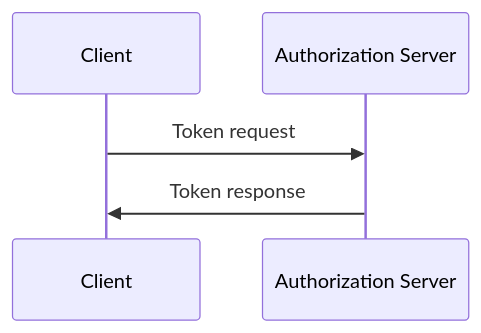
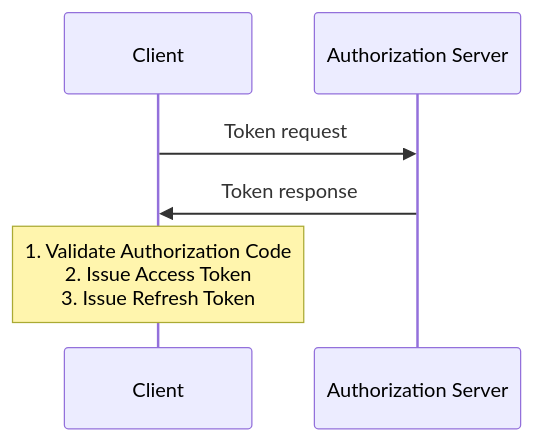
Before and after one commit to BehavioML/specifications: the diagram in examples/oauth-authorization-code/generated/mermaid/workflow-sequence-client-exchange_code_for_tokens.mmd, drawn with Mermaid. The commit also changed 9 other files, not shown here.

Commit message:
Regenerate Mermaid diagrams with expanded uses (#19)

```diff
--- a/examples/oauth-authorization-code/generated/mermaid/workflow-sequence-client-exchange_code_for_tokens.mmd
+++ b/examples/oauth-authorization-code/generated/mermaid/workflow-sequence-client-exchange_code_for_tokens.mmd
@@ -1,6 +1,7 @@
 sequenceDiagram
   participant client as Client
   participant authorization_server as Authorization Server
 
   client->>authorization_server: Token request
   authorization_server->>client: Token response
+  Note over client: 1. Validate Authorization Code<br/>2. Issue Access Token<br/>3. Issue Refresh Token
```
